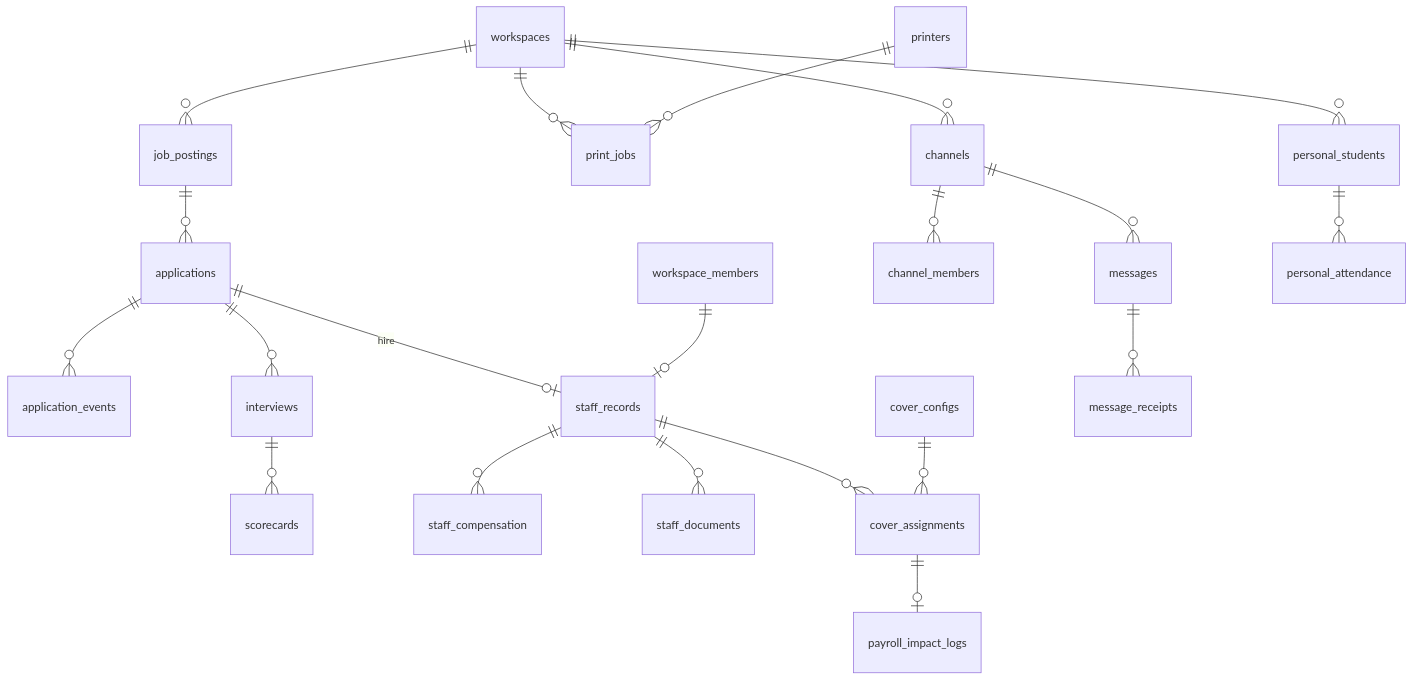
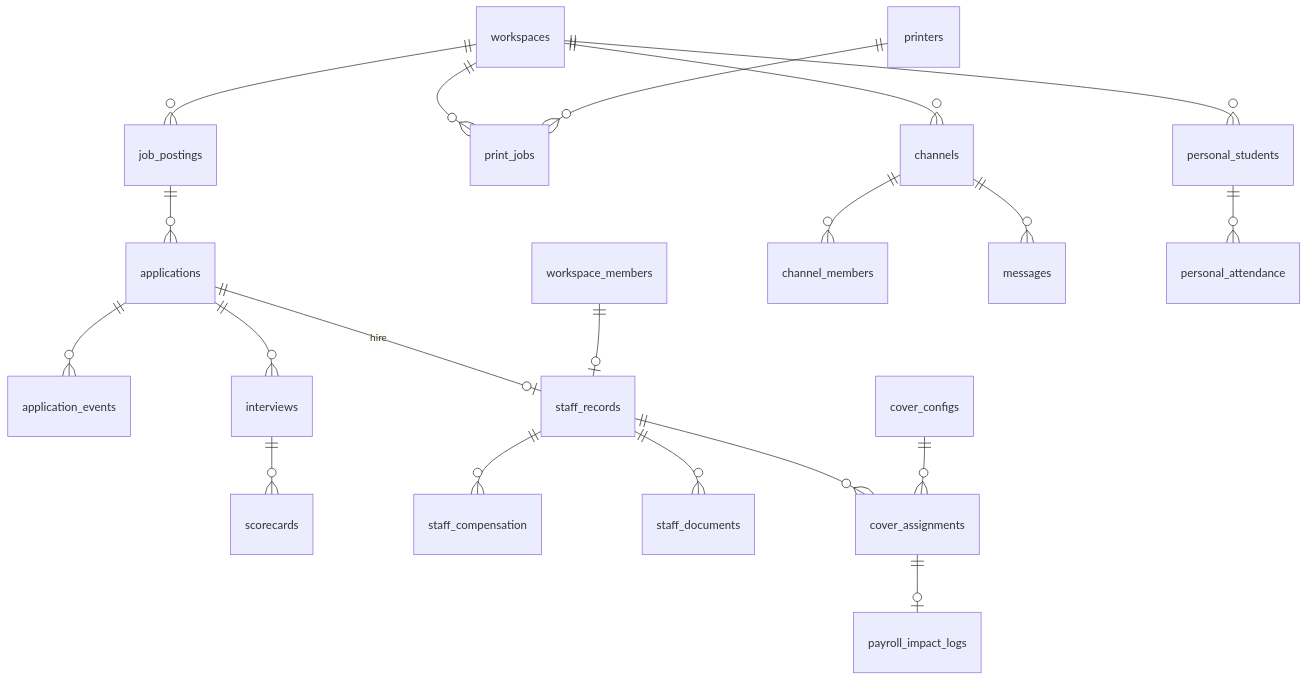
The seventh of 7 diagrams in docs/architecture/DATA-MODEL.md (Mahadezz/acadigma-campus), drawn with Mermaid before and after one commit. The commit also changed other lines of this file and 1 other file, not shown here.

````diff
--- a/docs/architecture/DATA-MODEL.md
+++ b/docs/architecture/DATA-MODEL.md
@@ -709,23 +709,22 @@
 ```mermaid
 erDiagram
     workspaces ||--o{ job_postings : ""
     job_postings ||--o{ applications : ""
     applications ||--o{ application_events : ""
     applications ||--o{ interviews : ""
     interviews ||--o{ scorecards : ""
     applications ||--o| staff_records : "hire"
     workspace_members ||--o| staff_records : ""
     staff_records ||--o{ staff_compensation : ""
     staff_records ||--o{ staff_documents : ""
     staff_records ||--o{ cover_assignments : ""
     cover_configs ||--o{ cover_assignments : ""
     cover_assignments ||--o| payroll_impact_logs : ""
     workspaces ||--o{ print_jobs : ""
     printers ||--o{ print_jobs : ""
     workspaces ||--o{ channels : ""
     channels ||--o{ channel_members : ""
     channels ||--o{ messages : ""
-    messages ||--o{ message_receipts : ""
     workspaces ||--o{ personal_students : ""
     personal_students ||--o{ personal_attendance : ""
 ```
````
